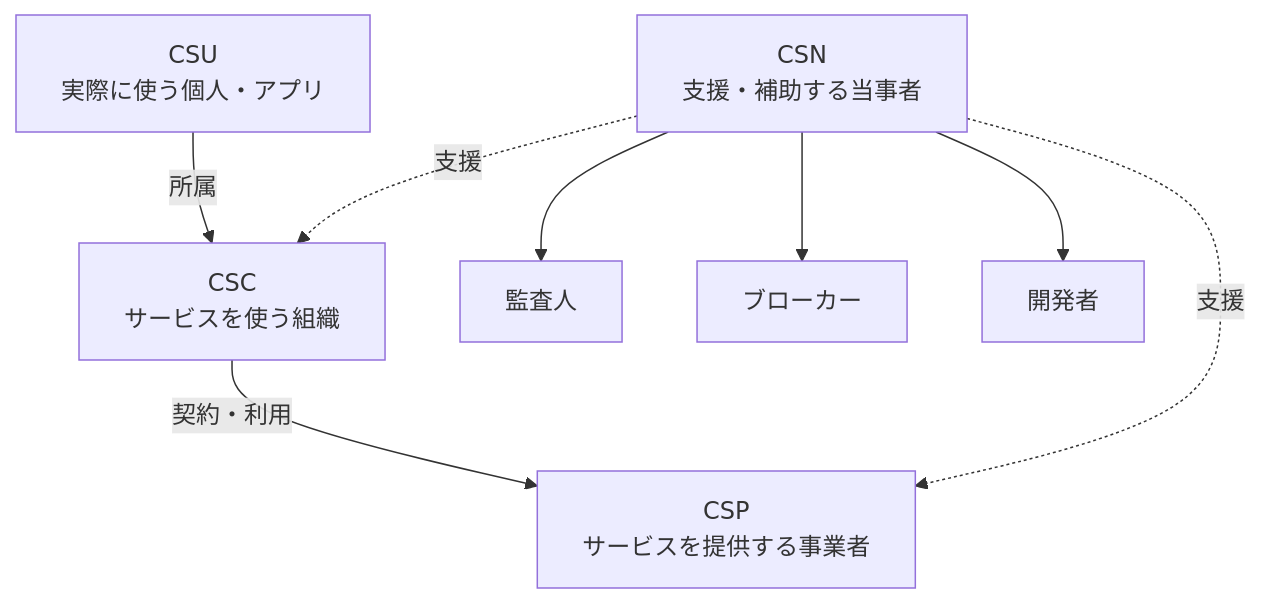
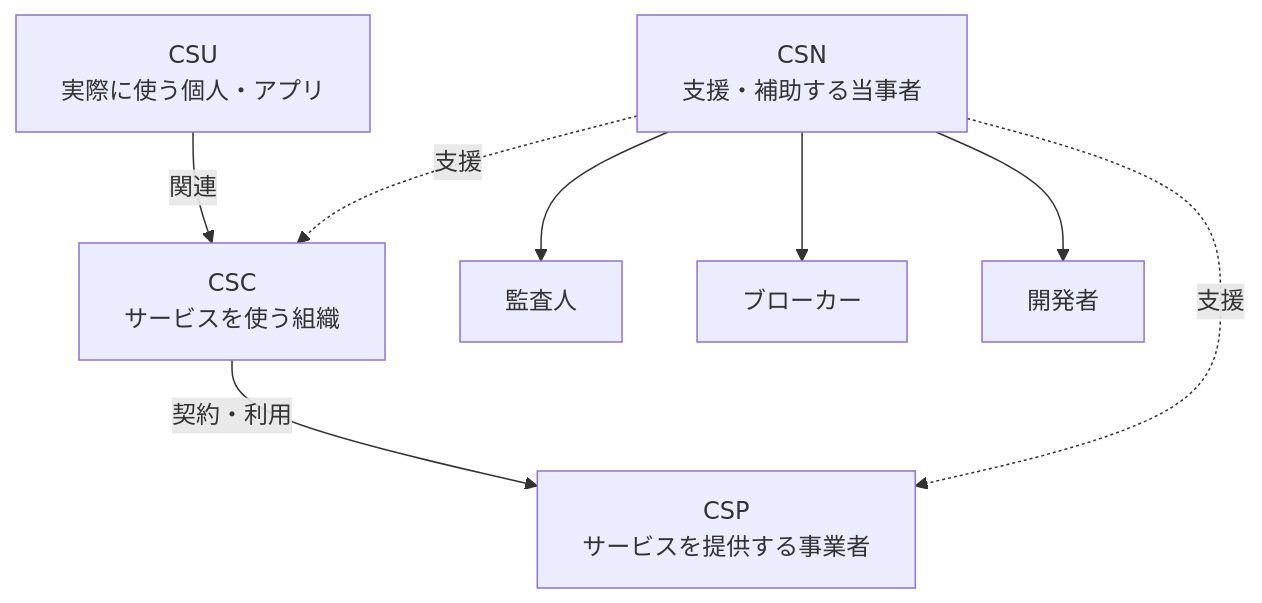
The ninth of 14 diagrams in Iso-iec-22123-2-guide.md (myoshi2891/Cloud-Infrastructure-and-Network-Studies), drawn with Mermaid before and after one commit. The commit also changed 9 other files, not shown here.

````diff
--- a/Iso-iec-22123-2-guide.md
+++ b/Iso-iec-22123-2-guide.md
@@ -532,17 +532,17 @@
 ```mermaid
 flowchart TD
     A1["CSC<br/>サービスを使う組織"]
     A2["CSU<br/>実際に使う個人・アプリ"]
     A3["CSP<br/>サービスを提供する事業者"]
     A4["CSN<br/>支援・補助する当事者"]
     A5["監査人"]
     A6["ブローカー"]
     A7["開発者"]
-    A2 -->|"所属"| A1
+    A2 -->|"関連"| A1
     A1 -->|"契約・利用"| A3
     A4 -.->|"支援"| A1
     A4 -.->|"支援"| A3
     A4 --> A5
     A4 --> A6
     A4 --> A7
 ```
````
